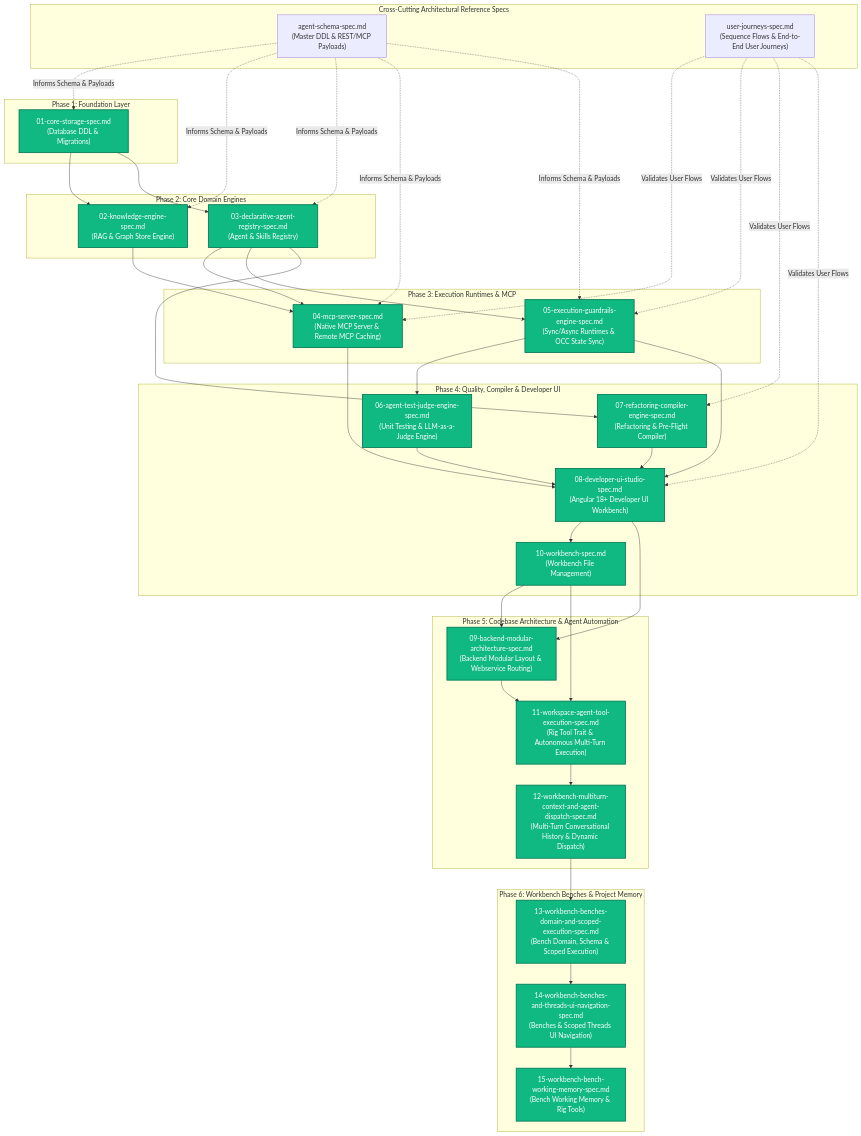
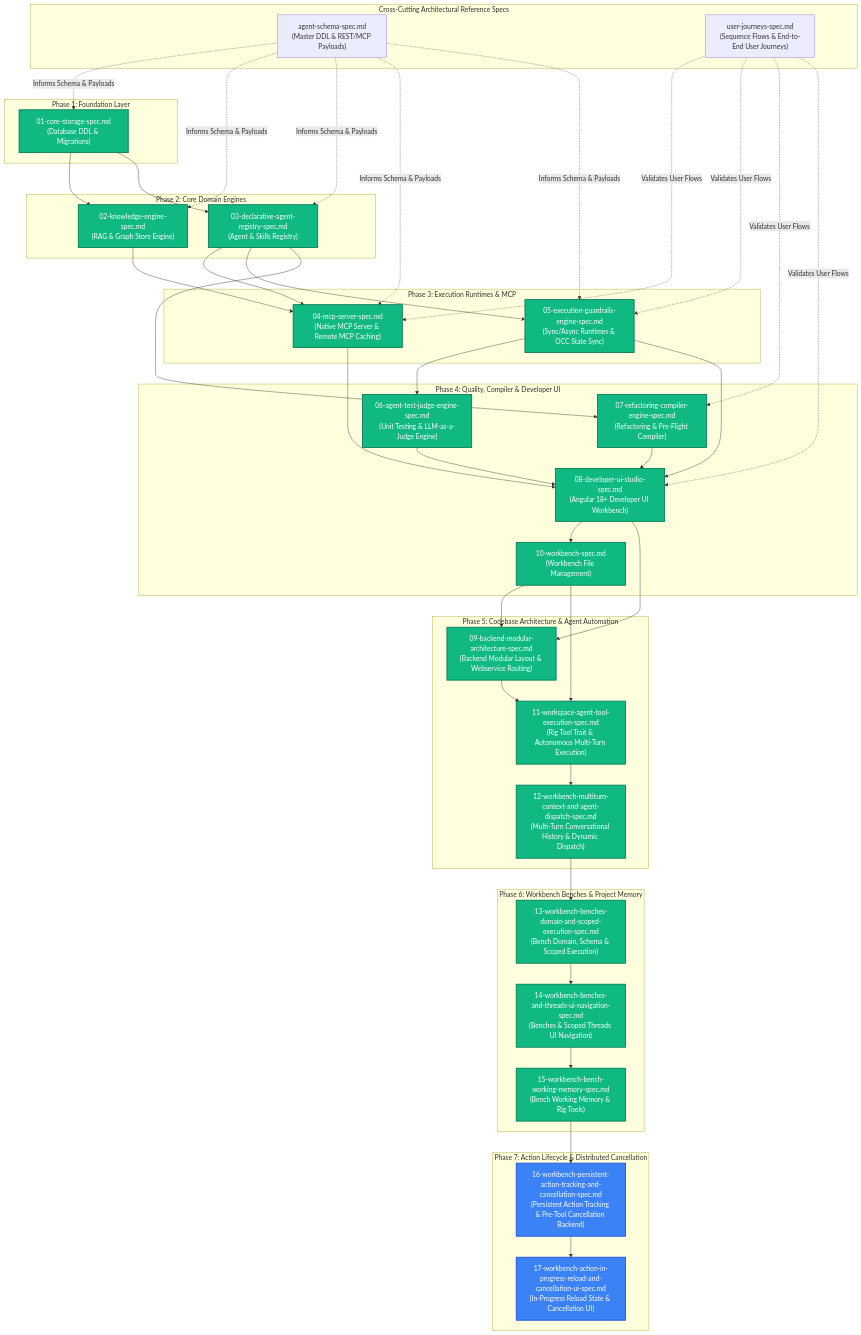
Before and after one commit to PolecatWorks/agent-as-data: the diagram in spec/specs/README.md, drawn with Mermaid. The commit also changed other lines of this file and 2 other files, not shown here.

Commit message:
docs(specs): add Spec 16 and Spec 17 for persistent action tracking and cancellation

````diff
--- a/spec/specs/README.md
+++ b/spec/specs/README.md
@@ -58,6 +58,11 @@
         Spec15["15-workbench-bench-working-memory-spec.md<br/>(Bench Working Memory & Rig Tools)"]:::complete
     end
 
+    subgraph Phase7 ["Phase 7: Action Lifecycle & Distributed Cancellation"]
+        Spec16["16-workbench-persistent-action-tracking-and-cancellation-spec.md<br/>(Persistent Action Tracking & Pre-Tool Cancellation Backend)"]:::draft
+        Spec17["17-workbench-action-in-progress-reload-and-cancellation-ui-spec.md<br/>(In-Progress Reload State & Cancellation UI)"]:::draft
+    end
+
     classDef complete fill:#10B981,stroke:#047857,stroke-width:2px,color:#ffffff;
     classDef draft fill:#3B82F6,stroke:#1D4ED8,stroke-width:2px,color:#ffffff;
 
@@ -95,4 +100,6 @@
     Spec12 --> Spec13
     Spec13 --> Spec14
     Spec14 --> Spec15
+    Spec15 --> Spec16
+    Spec16 --> Spec17
 ```
````
